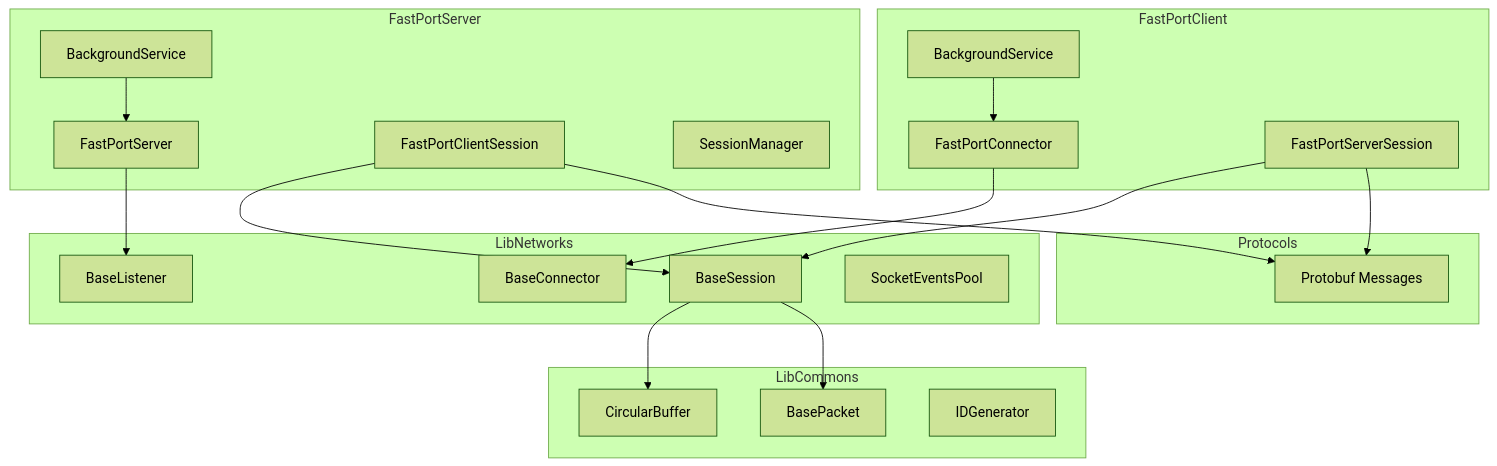
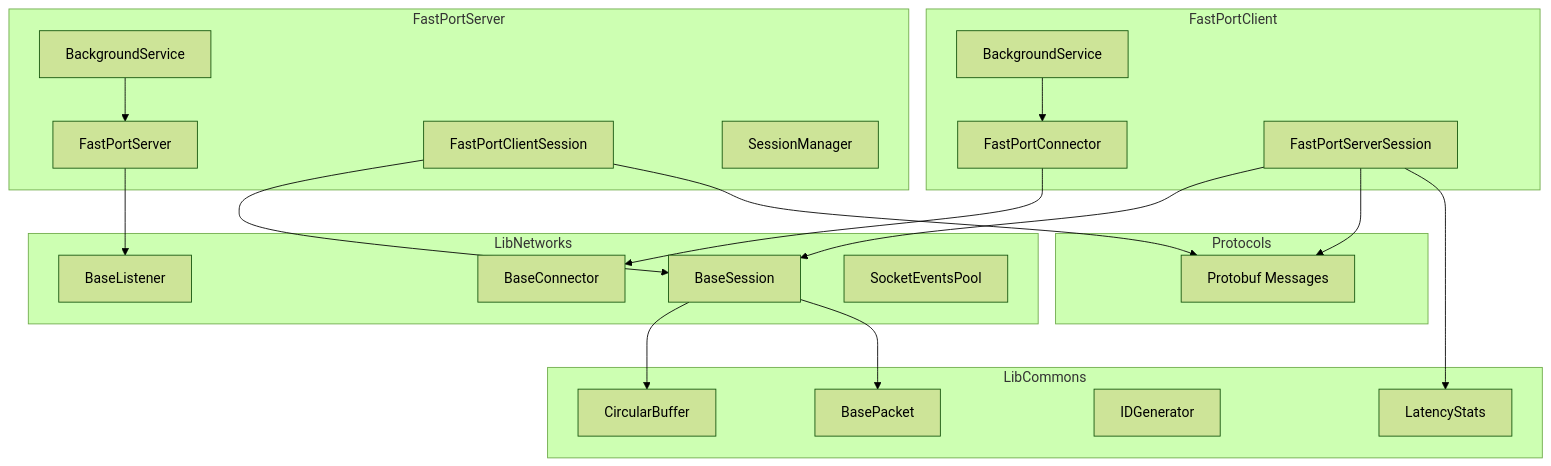
Before and after one commit to boinred/FastPortSharp: the first of 2 diagrams in README.md, drawn with Mermaid (forest theme). The commit also changed other lines of this file and 18 other files, not shown here.

````diff
--- a/README.md
+++ b/README.md
@@ -91,46 +104,49 @@
 ```mermaid
 flowchart TB
     subgraph Client ["FastPortClient"]
         CC[FastPortConnector]
         CSS[FastPortServerSession]
         CBS[BackgroundService]
     end
     
     subgraph Server ["FastPortServer"]
         FS[FastPortServer]
         FCS[FastPortClientSession]
         FSM[SessionManager]
         SBS[BackgroundService]
     end
     
     subgraph LibNetworks ["LibNetworks"]
         BL[BaseListener]
         BC[BaseConnector]
         BS[BaseSession]
         SEP[SocketEventsPool]
     end
     
     subgraph LibCommons ["LibCommons"]
         CB[CircularBuffer]
         BP[BasePacket]
         IDG[IDGenerator]
+        LS[LatencyStats]
     end
     
     subgraph Protocols ["Protocols"]
         PB[Protobuf Messages]
     end
     
     CC --> BC
     CSS --> BS
     FS --> BL
     FCS --> BS
     
     BS --> CB
     BS --> BP
     
     FCS --> PB
     CSS --> PB
     
     CBS --> CC
     SBS --> FS
+    
+    CSS --> LS
 ```
````
